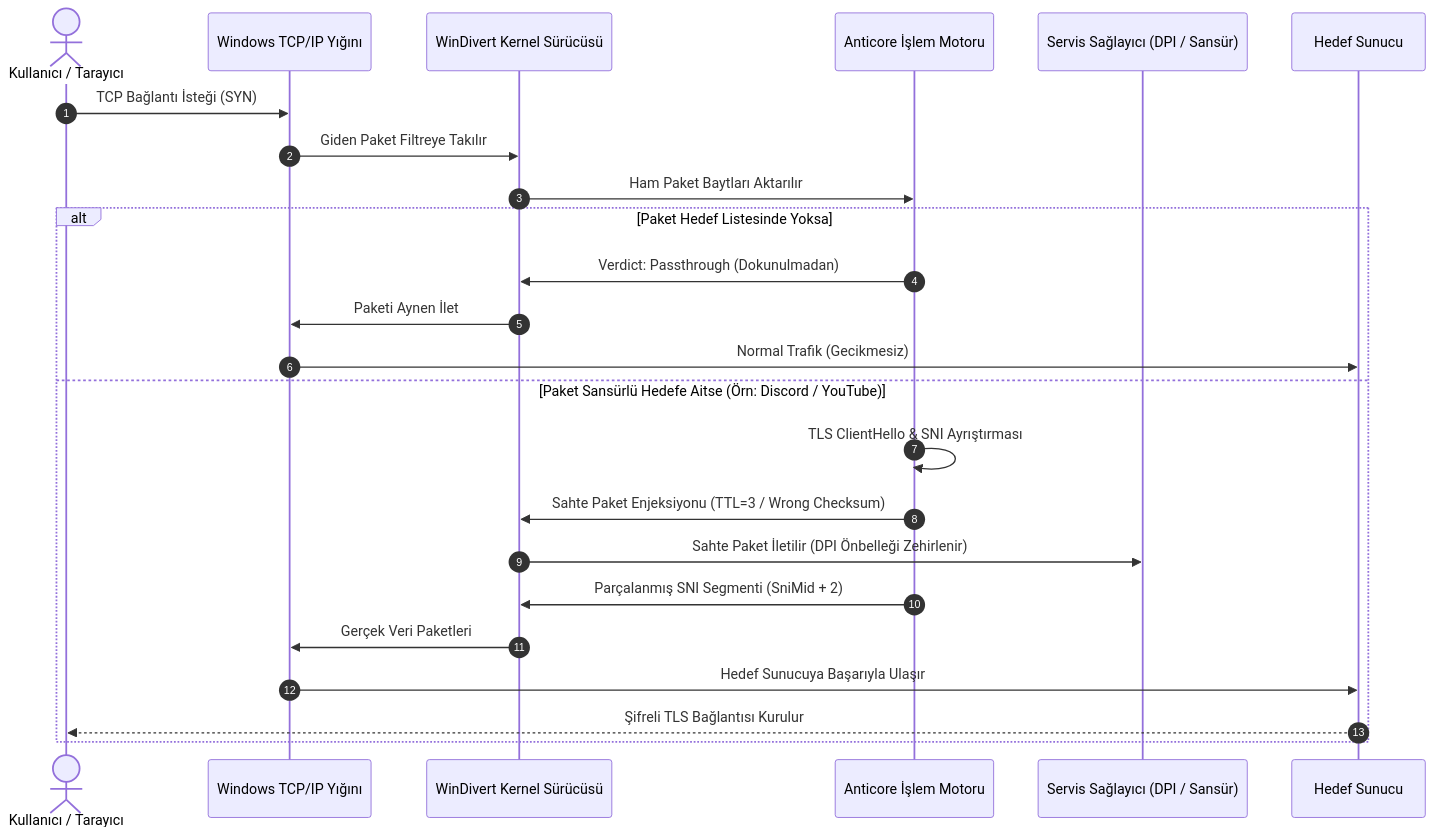
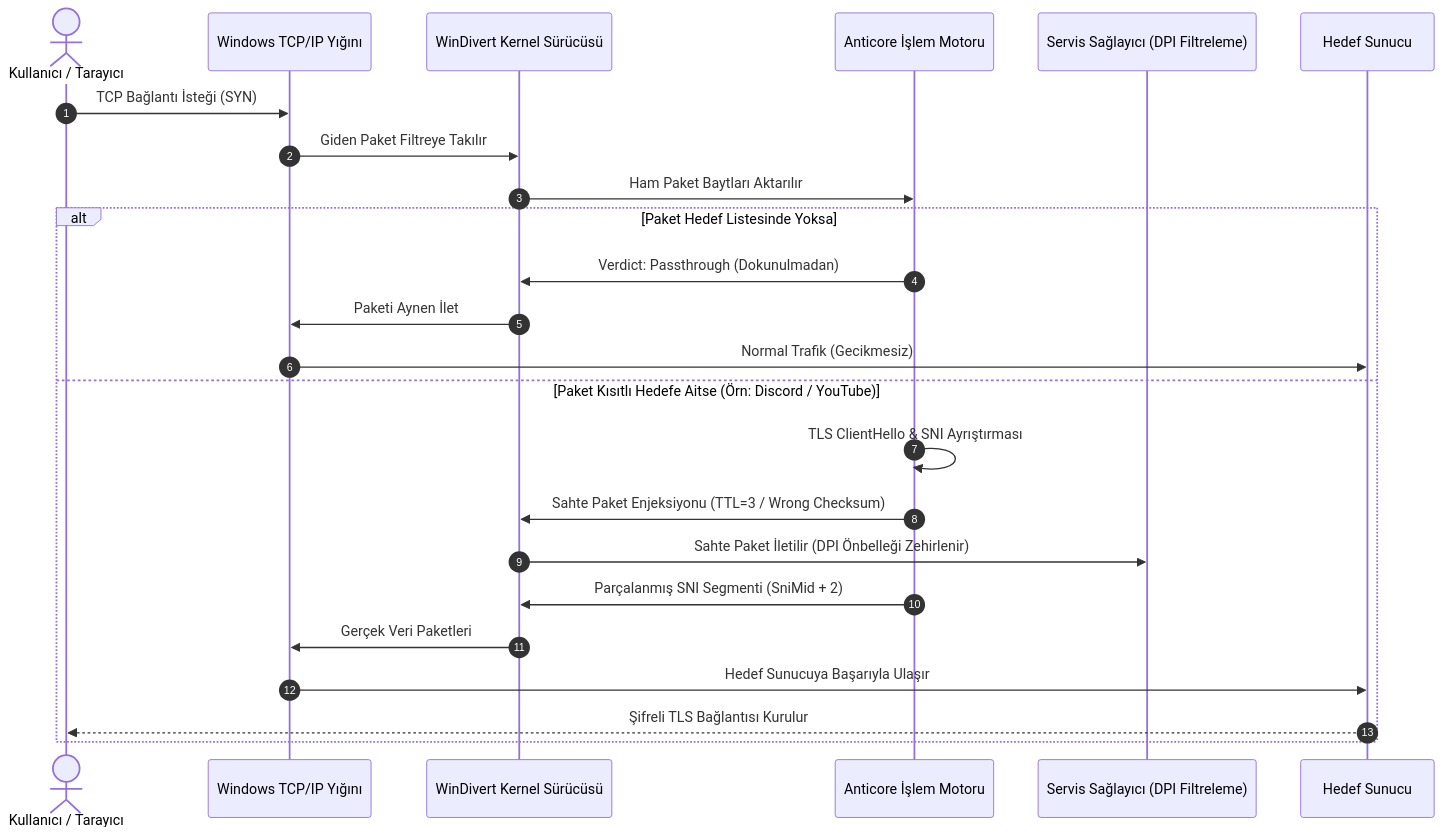
One commit to MonarchDevLab/Anticore changed the diagram in docs/architecture/blueprints/NETWORK_FLOW.md. Above: the diagram before and after it, drawn with Mermaid. The commit also changed 16 other files, not shown here.

````diff
--- a/docs/architecture/blueprints/NETWORK_FLOW.md
+++ b/docs/architecture/blueprints/NETWORK_FLOW.md
@@ -5,28 +5,28 @@
 ```mermaid
 sequenceDiagram
     autonumber
     actor User as Kullanıcı / Tarayıcı
     participant OS as Windows TCP/IP Yığını
     participant WD as WinDivert Kernel Sürücüsü
     participant Core as Anticore İşlem Motoru
-    participant ISP as Servis Sağlayıcı (DPI / Sansür)
+    participant ISP as Servis Sağlayıcı (DPI Filtreleme)
     participant Dest as Hedef Sunucu
 
     User->>OS: TCP Bağlantı İsteği (SYN)
     OS->>WD: Giden Paket Filtreye Takılır
     WD->>Core: Ham Paket Baytları Aktarılır
     
     alt Paket Hedef Listesinde Yoksa
         Core->>WD: Verdict: Passthrough (Dokunulmadan)
         WD->>OS: Paketi Aynen İlet
         OS->>Dest: Normal Trafik (Gecikmesiz)
-    else Paket Sansürlü Hedefe Aitse (Örn: Discord / YouTube)
+    else Paket Kısıtlı Hedefe Aitse (Örn: Discord / YouTube)
         Core->>Core: TLS ClientHello & SNI Ayrıştırması
         Core->>WD: Sahte Paket Enjeksiyonu (TTL=3 / Wrong Checksum)
         WD->>ISP: Sahte Paket İletilir (DPI Önbelleği Zehirlenir)
         Core->>WD: Parçalanmış SNI Segmenti (SniMid + 2)
         WD->>OS: Gerçek Veri Paketleri
         OS->>Dest: Hedef Sunucuya Başarıyla Ulaşır
         Dest-->>User: Şifreli TLS Bağlantısı Kurulur
     end
 ```
````
